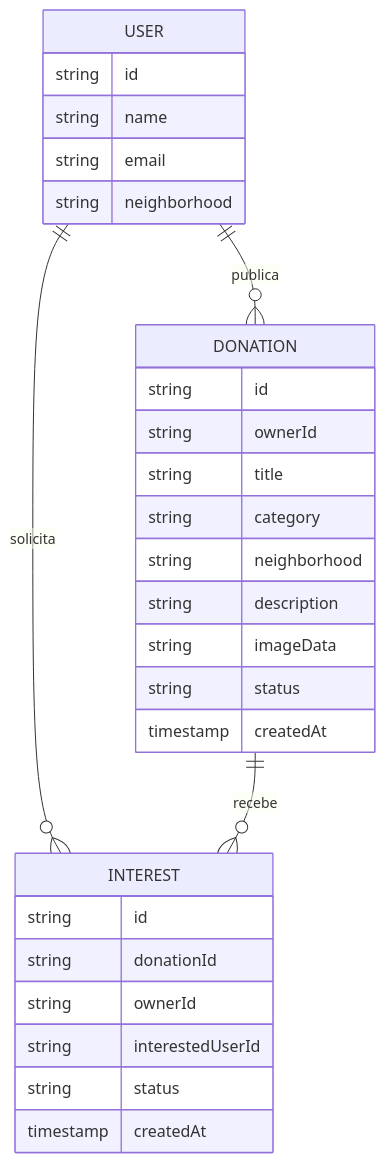
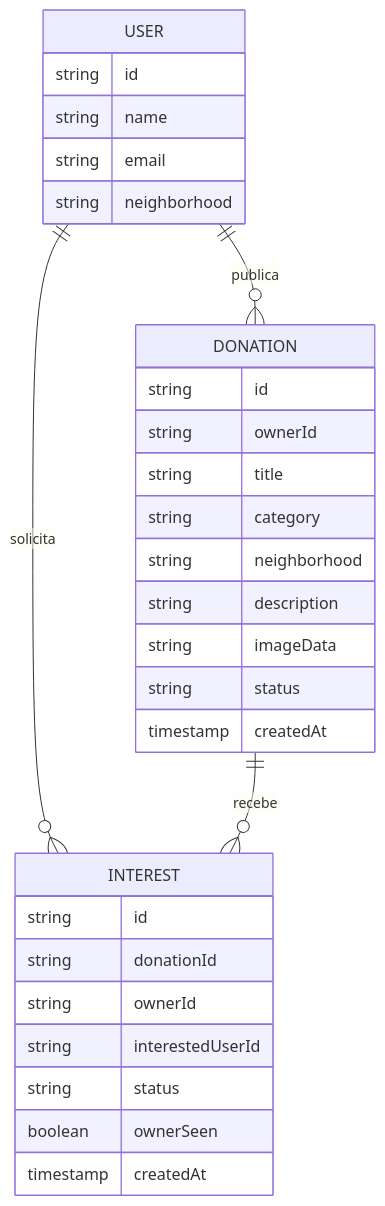
The diagram in docs/modelo-dados.md (cristiantomaz/AjudaVizinho), drawn with Mermaid before and after one commit. The commit also changed other lines of this file, not shown here.

````diff
--- a/docs/modelo-dados.md
+++ b/docs/modelo-dados.md
@@ -5,31 +5,32 @@
 ```mermaid
 erDiagram
   USER ||--o{ DONATION : publica
   USER ||--o{ INTEREST : solicita
   DONATION ||--o{ INTEREST : recebe
   USER {
     string id
     string name
     string email
     string neighborhood
   }
   DONATION {
     string id
     string ownerId
     string title
     string category
     string neighborhood
     string description
     string imageData
     string status
     timestamp createdAt
   }
   INTEREST {
     string id
     string donationId
     string ownerId
     string interestedUserId
     string status
+    boolean ownerSeen
     timestamp createdAt
   }
 ```
````
